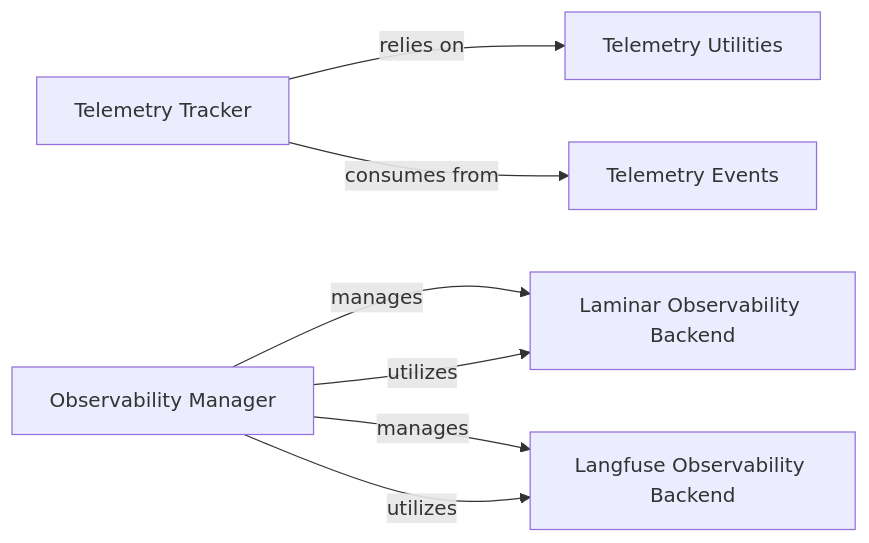
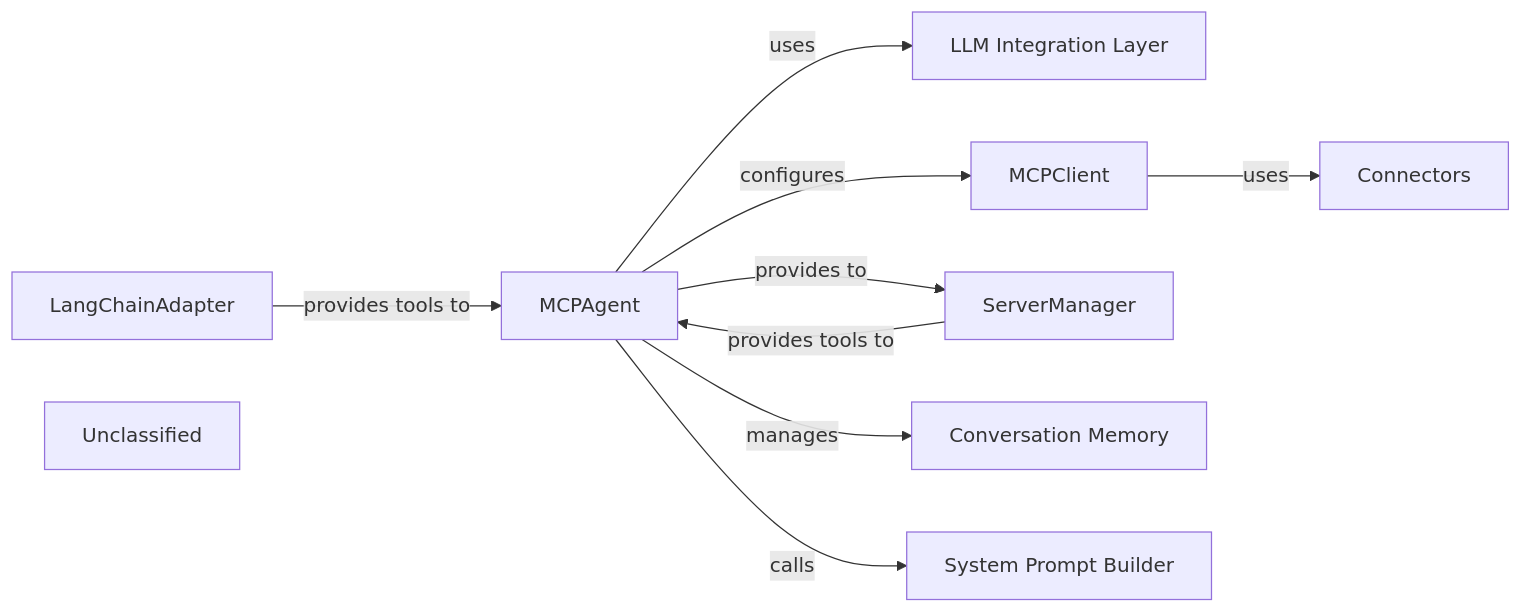
Before and after one commit to mcp-use/mcp-use: the fourth of 8 diagrams in docs/development/architecture.mdx, drawn with Mermaid. The commit also changed other lines of this file and 29 other files, not shown here.

First line of the commit message:
docs: update codeboarding documentation and generate architecture

````diff
--- a/docs/development/architecture.mdx
+++ b/docs/development/architecture.mdx
@@ -255,15 +235,20 @@
 ```mermaid
 graph LR
-    Telemetry_Tracker["Telemetry Tracker"]
-    Telemetry_Events["Telemetry Events"]
-    Telemetry_Utilities["Telemetry Utilities"]
-    Observability_Manager["Observability Manager"]
-    Laminar_Observability_Backend["Laminar Observability Backend"]
-    Langfuse_Observability_Backend["Langfuse Observability Backend"]
-    Telemetry_Tracker -- "relies on" --> Telemetry_Utilities
-    Telemetry_Tracker -- "consumes from" --> Telemetry_Events
-    Observability_Manager -- "manages" --> Laminar_Observability_Backend
-    Observability_Manager -- "manages" --> Langfuse_Observability_Backend
-    Observability_Manager -- "utilizes" --> Laminar_Observability_Backend
-    Observability_Manager -- "utilizes" --> Langfuse_Observability_Backend
+    MCPAgent["MCPAgent"]
+    LLM_Integration_Layer["LLM Integration Layer"]
+    MCPClient["MCPClient"]
+    Connectors["Connectors"]
+    LangChainAdapter["LangChainAdapter"]
+    ServerManager["ServerManager"]
+    Conversation_Memory["Conversation Memory"]
+    System_Prompt_Builder["System Prompt Builder"]
+    Unclassified["Unclassified"]
+    MCPAgent -- "uses" --> LLM_Integration_Layer
+    MCPAgent -- "configures" --> MCPClient
+    MCPAgent -- "provides to" --> ServerManager
+    MCPAgent -- "calls" --> System_Prompt_Builder
+    MCPAgent -- "manages" --> Conversation_Memory
+    MCPClient -- "uses" --> Connectors
+    LangChainAdapter -- "provides tools to" --> MCPAgent
+    ServerManager -- "provides tools to" --> MCPAgent
 ```
````
